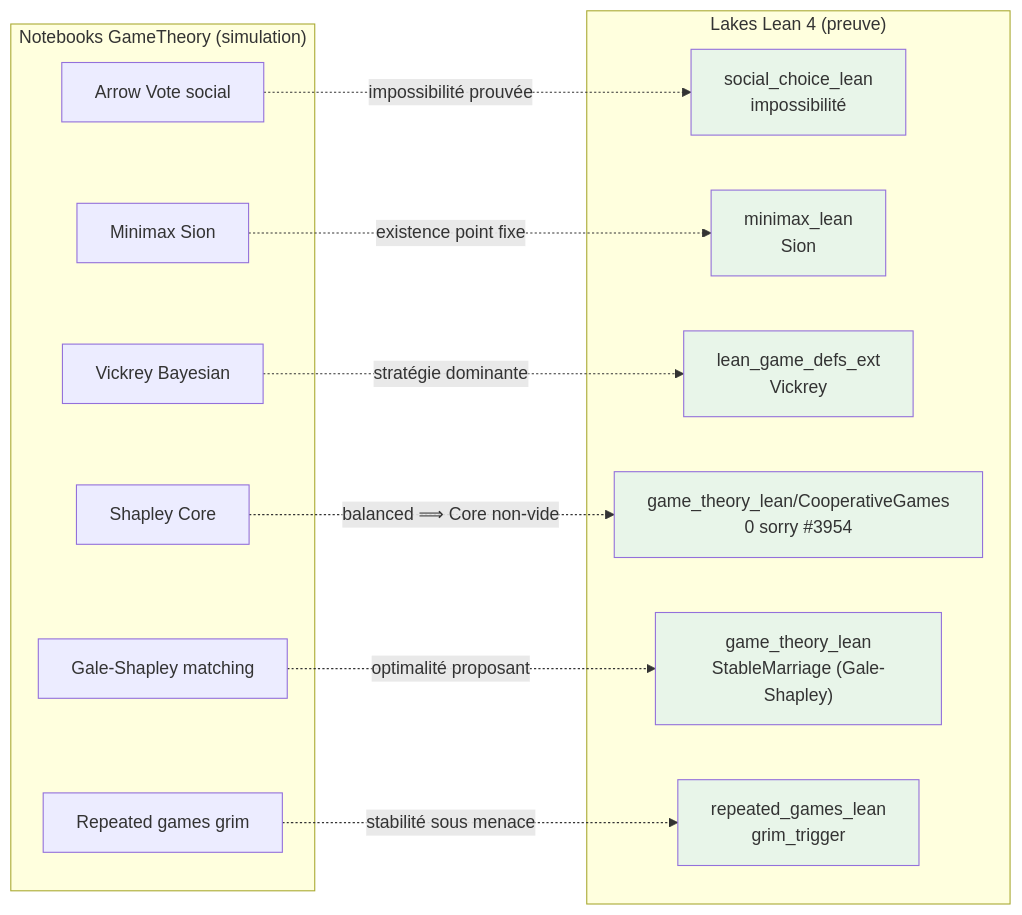
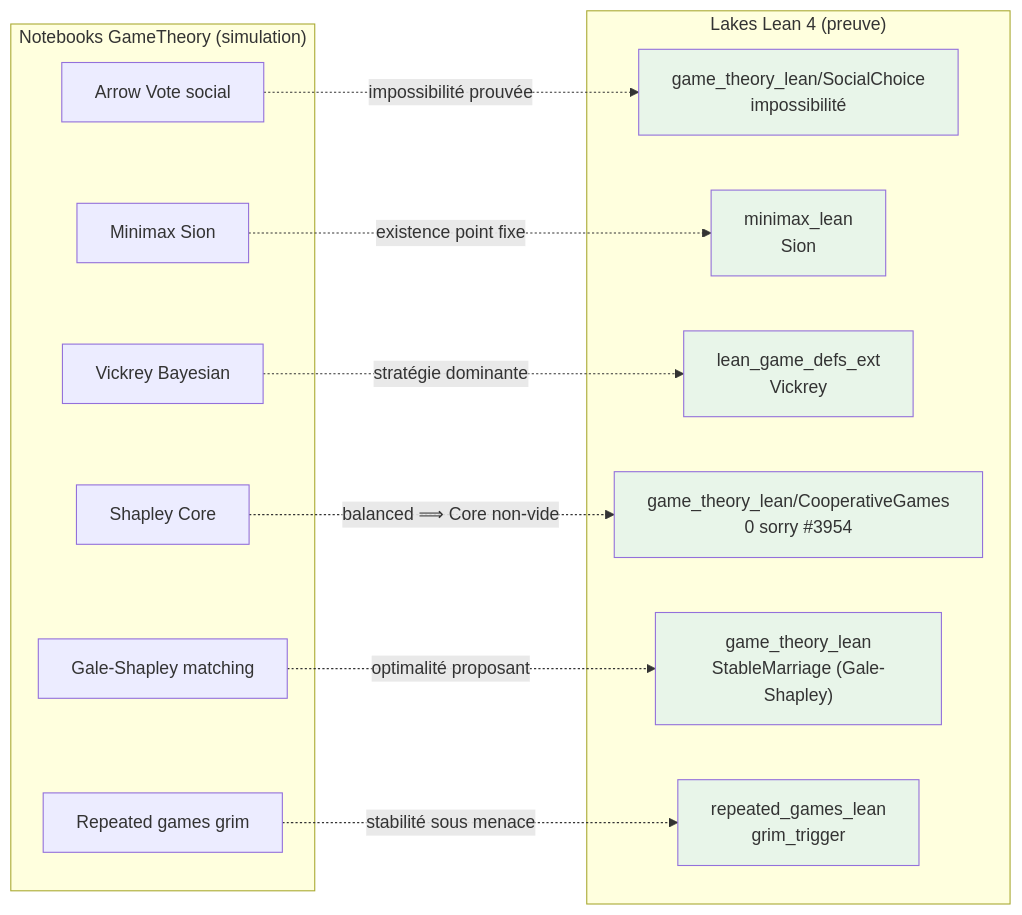
One commit to jsboige/CoursIA changed the second of 2 diagrams in MyIA.AI.Notebooks/GameTheory/README.md. Above: the diagram before and after it, drawn with Mermaid. The commit also changed other lines of this file, not shown here.

````diff
--- a/MyIA.AI.Notebooks/GameTheory/README.md
+++ b/MyIA.AI.Notebooks/GameTheory/README.md
@@ -322,31 +322,31 @@
 ```mermaid
 flowchart LR
     subgraph SIM["Notebooks GameTheory (simulation)"]
         N1["Arrow Vote social"]
         N2["Minimax Sion"]
         N3["Vickrey Bayesian"]
         N4["Shapley Core"]
         N5["Gale-Shapley matching"]
         N6["Repeated games grim"]
     end
     subgraph LEAN["Lakes Lean 4 (preuve)"]
-        L1["social_choice_lean<br/>impossibilité"]
+        L1["game_theory_lean/SocialChoice<br/>impossibilité"]
         L2["minimax_lean<br/>Sion"]
         L3["lean_game_defs_ext<br/>Vickrey"]
         L4["game_theory_lean/CooperativeGames<br/>0 sorry #3954"]
         L5["game_theory_lean<br/>StableMarriage (Gale-Shapley)"]
         L6["repeated_games_lean<br/>grim_trigger"]
     end
     N1 -. "impossibilité prouvée" .-> L1
     N2 -. "existence point fixe" .-> L2
     N3 -. "stratégie dominante" .-> L3
     N4 -. "balanced ⟹ Core non-vide" .-> L4
     N5 -. "optimalité proposant" .-> L5
     N6 -. "stabilité sous menace" .-> L6
     style L1 fill:#e8f5e9
     style L2 fill:#e8f5e9
     style L3 fill:#e8f5e9
     style L4 fill:#e8f5e9
     style L5 fill:#e8f5e9
     style L6 fill:#e8f5e9
 ```
````
